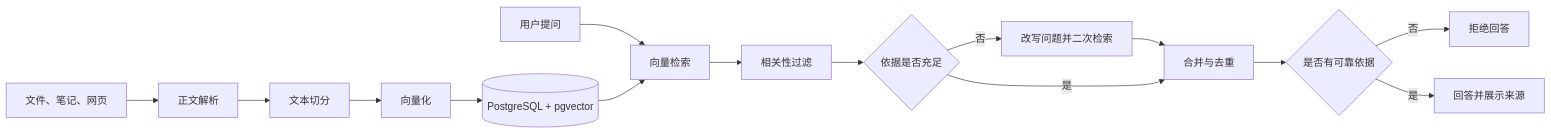
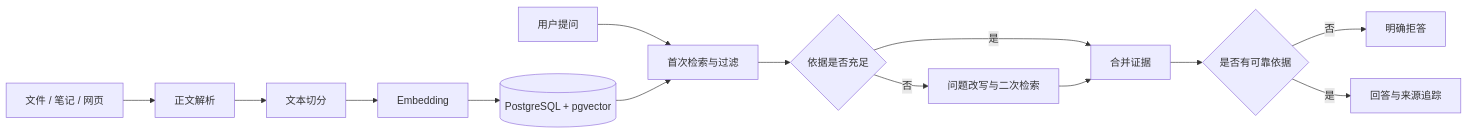
Before and after one commit to haiwangxing6666-a11y/personal-knowledge-base: the diagram in README.md, drawn with Mermaid. The commit also changed other lines of this file and 3 other files, not shown here.

````diff
--- a/README.md
+++ b/README.md
@@ -45,18 +22,16 @@
 ```mermaid
 flowchart LR
-    A[文件、笔记、网页] --> B[正文解析]
+    A[文件 / 笔记 / 网页] --> B[正文解析]
     B --> C[文本切分]
-    C --> D[向量化]
+    C --> D[Embedding]
     D --> E[(PostgreSQL + pgvector)]
-
-    Q[用户提问] --> R[向量检索]
+    Q[用户提问] --> R[首次检索与过滤]
     E --> R
-    R --> F[相关性过滤]
-    F --> G{依据是否充足}
-    G -- 否 --> H[改写问题并二次检索]
-    H --> I[合并与去重]
-    G -- 是 --> I
+    R --> G{依据是否充足}
+    G -- 否 --> H[问题改写与二次检索]
+    G -- 是 --> I[合并证据]
+    H --> I
     I --> J{是否有可靠依据}
-    J -- 否 --> K[拒绝回答]
-    J -- 是 --> L[回答并展示来源]
+    J -- 否 --> K[明确拒答]
+    J -- 是 --> L[回答与来源追踪]
 ```
````
